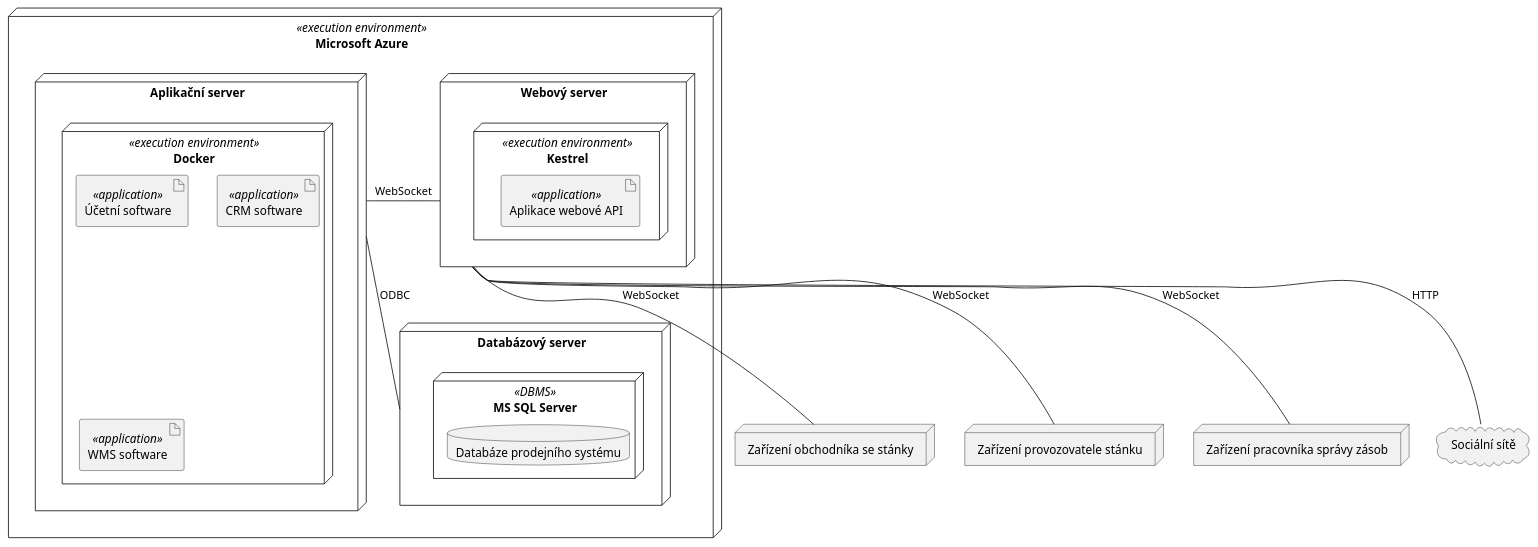
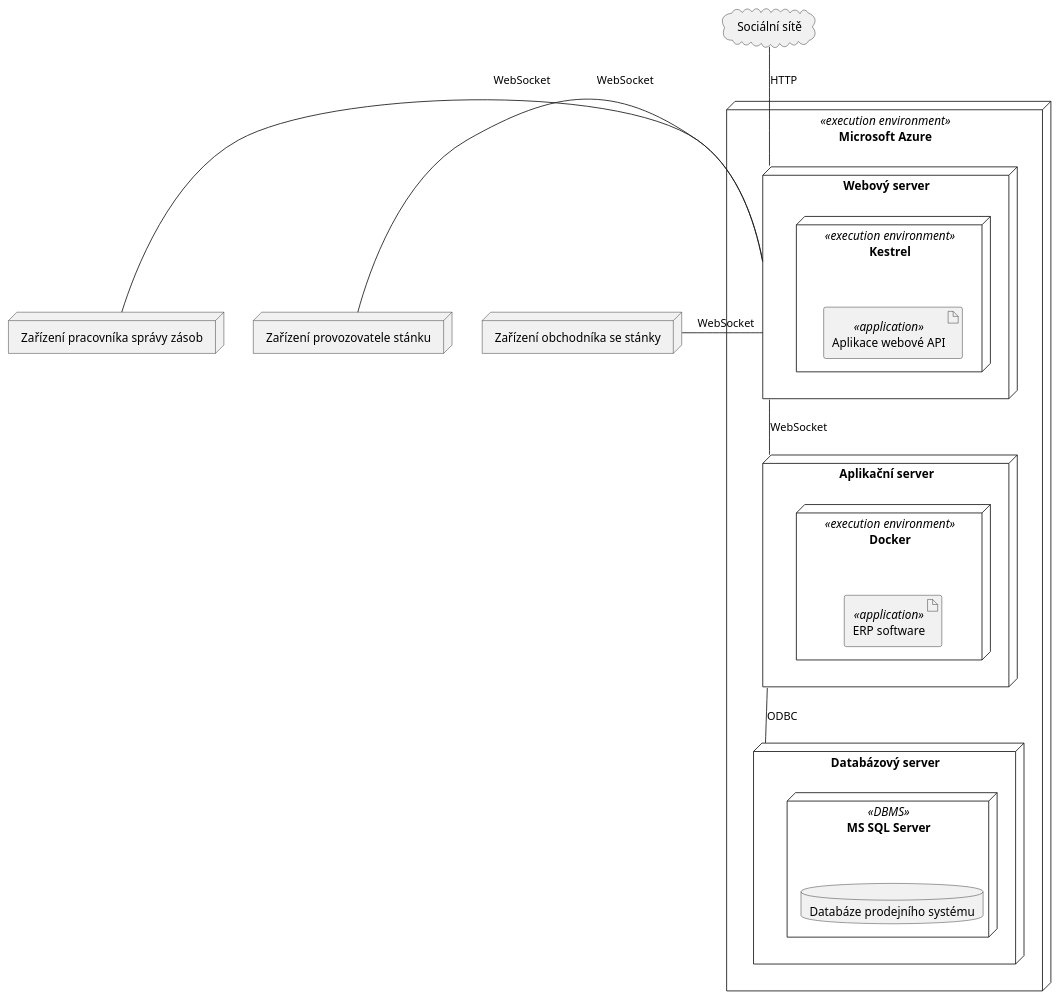
Before and after one commit to MichalMoudry/4IT575-seminarni-prace: the diagram in dokumentace/EDA/assets/diagram_codes/deployment_diagram.puml, drawn with PlantUML. The commit also changed 2 other files, not shown here.

Commit message:
Aktualizace katalogu a diagramu nasazení

```diff
--- a/dokumentace/EDA/assets/diagram_codes/deployment_diagram.puml
+++ b/dokumentace/EDA/assets/diagram_codes/deployment_diagram.puml
@@ -1,62 +1,57 @@
 @startuml
 
 node "Zařízení obchodníka se stánky" as StandsOwnerDevice
 
 node "Zařízení provozovatele stánku" as StandManagerDevice
 
 node "Zařízení pracovníka správy zásob" as WarehouseWorkerDevice
 
 cloud "Sociální sítě" as SocialNetwork
 
 node "Microsoft Azure" as azure <<execution environment>> {
 
     node "Webový server" as WebServer {
 
         node Kestrel <<execution environment>> {
 
             artifact "Aplikace webové API" <<application>>
 
         }
 
     }
 
     node "Aplikační server" as AplicationServer {
 
         node Docker <<execution environment>> {
 
-            artifact "Účetní software" <<application>>
-
-            artifact "CRM software" <<application>>
-
-            artifact "WMS software" <<application>>
+            artifact "ERP software" <<application>>
 
         }
 
     }
 
     node "Databázový server" as DbServer {
 
         node "MS SQL Server" <<DBMS>> {
 
             database "Databáze prodejního systému"
 
         }
 
     }
 
 }
 
-WebServer -down- SocialNetwork : HTTP
+WebServer -up- SocialNetwork : HTTP
 
-WebServer -down- StandsOwnerDevice  : WebSocket
+WebServer -left- StandsOwnerDevice  : WebSocket
 
-WebServer -down- StandManagerDevice  : WebSocket
+WebServer -left- StandManagerDevice  : WebSocket
 
-WebServer -down- WarehouseWorkerDevice : WebSocket
+WebServer -left- WarehouseWorkerDevice : WebSocket
 
-AplicationServer -right- WebServer : WebSocket
+AplicationServer -up- WebServer : WebSocket
 
-AplicationServer -- DbServer : ODBC
-
+AplicationServer -down- DbServer : ODBC
 
 @enduml
```
